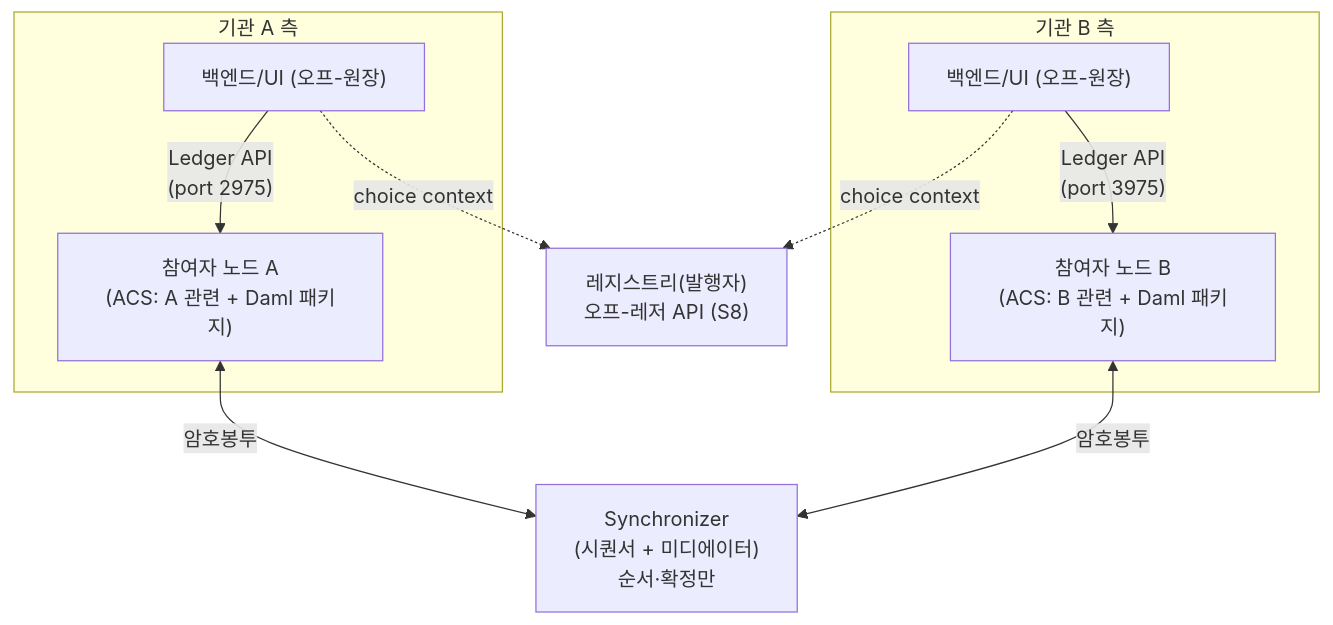
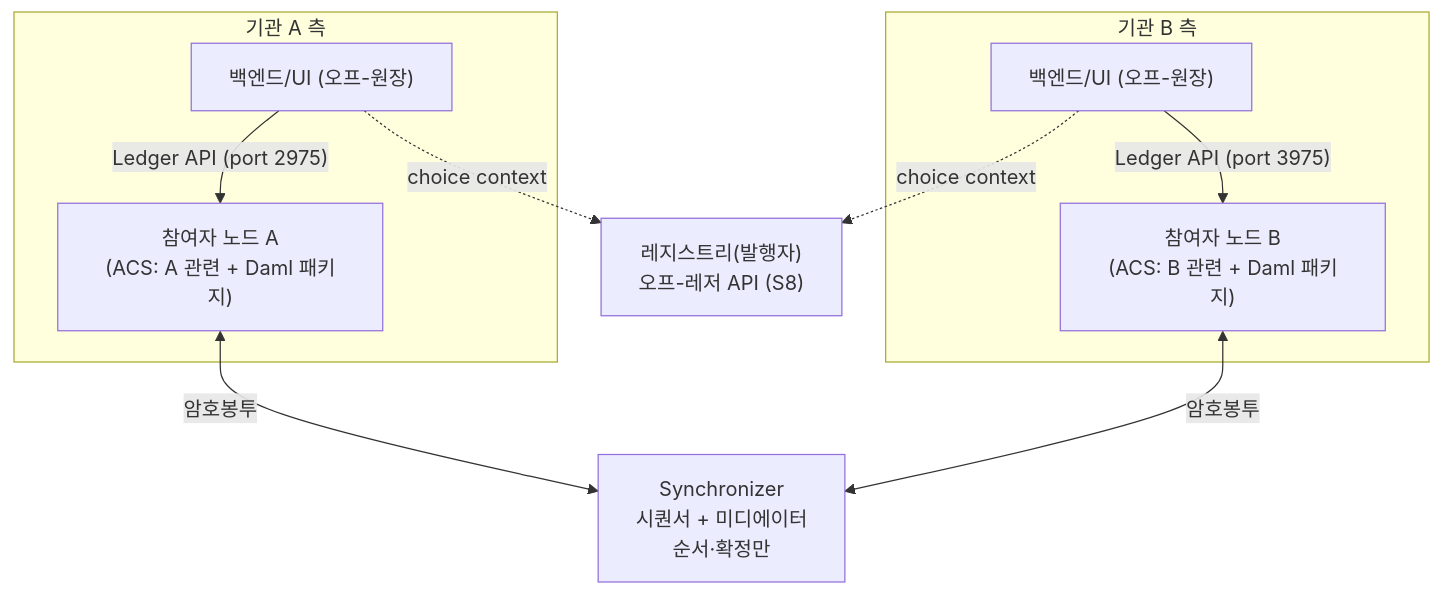
Before and after one commit to eunsujeo/canton-docs: the first of 2 diagrams in wiki/canton-course/s09-architecture.md, drawn with Mermaid. The commit also changed other lines of this file and 18 other files, not shown here.

````diff
--- a/wiki/canton-course/s09-architecture.md
+++ b/wiki/canton-course/s09-architecture.md
@@ -47,19 +32,19 @@
 ```mermaid
 flowchart TB
   subgraph AppA["기관 A 측"]
     BEA["백엔드/UI (오프-원장)"]
     PNA["참여자 노드 A<br/>(ACS: A 관련 + Daml 패키지)"]
-    BEA -->|"Ledger API<br/>(port 2975)"| PNA
+    BEA -->|"Ledger API (port 2975)"| PNA
   end
   subgraph AppB["기관 B 측"]
     BEB["백엔드/UI (오프-원장)"]
     PNB["참여자 노드 B<br/>(ACS: B 관련 + Daml 패키지)"]
-    BEB -->|"Ledger API<br/>(port 3975)"| PNB
+    BEB -->|"Ledger API (port 3975)"| PNB
   end
-  SYNC["Synchronizer<br/>(시퀀서 + 미디에이터)<br/>순서·확정만"]
+  SYNC["Synchronizer<br/>시퀀서 + 미디에이터<br/>순서·확정만"]
   PNA <-->|"암호봉투"| SYNC
   PNB <-->|"암호봉투"| SYNC
   REG["레지스트리(발행자)<br/>오프-레저 API (S8)"]
   BEA -.->|"choice context"| REG
   BEB -.->|"choice context"| REG
 ```
````
